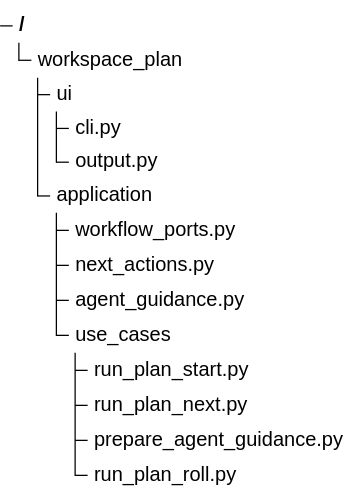
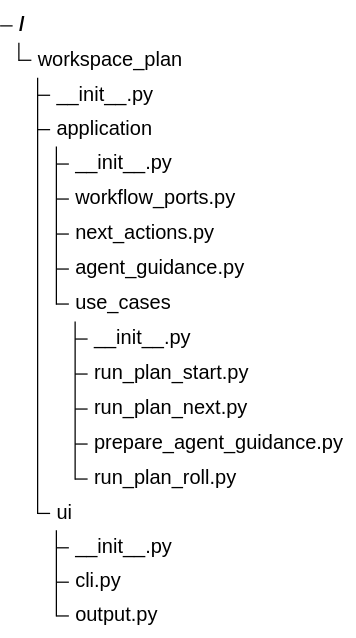
Before and after one commit to 9orky/enclosure: the third of 3 diagrams in .enclosure/plans/planning-workflow/epics/guided-cli-agent-guardrails/SCHEMAS.md, drawn with Mermaid. The commit also changed other lines of this file and 30 other files, not shown here.

````diff
--- a/.enclosure/plans/planning-workflow/epics/guided-cli-agent-guardrails/SCHEMAS.md
+++ b/.enclosure/plans/planning-workflow/epics/guided-cli-agent-guardrails/SCHEMAS.md
@@ -180,18 +184,22 @@
 ```mermaid
 %% contract: files
 %%{init: {"theme": "base", "themeVariables": {"labelColor": "#172033", "lineColor": "#64748b"}}}%%
 treeView-beta
   "workspace_plan"
-    "ui"
-      "cli.py"
-      "output.py"
+    "__init__.py"
     "application"
+      "__init__.py"
       "workflow_ports.py"
       "next_actions.py"
       "agent_guidance.py"
       "use_cases"
+        "__init__.py"
         "run_plan_start.py"
         "run_plan_next.py"
         "prepare_agent_guidance.py"
         "run_plan_roll.py"
+    "ui"
+      "__init__.py"
+      "cli.py"
+      "output.py"
 ```
````
